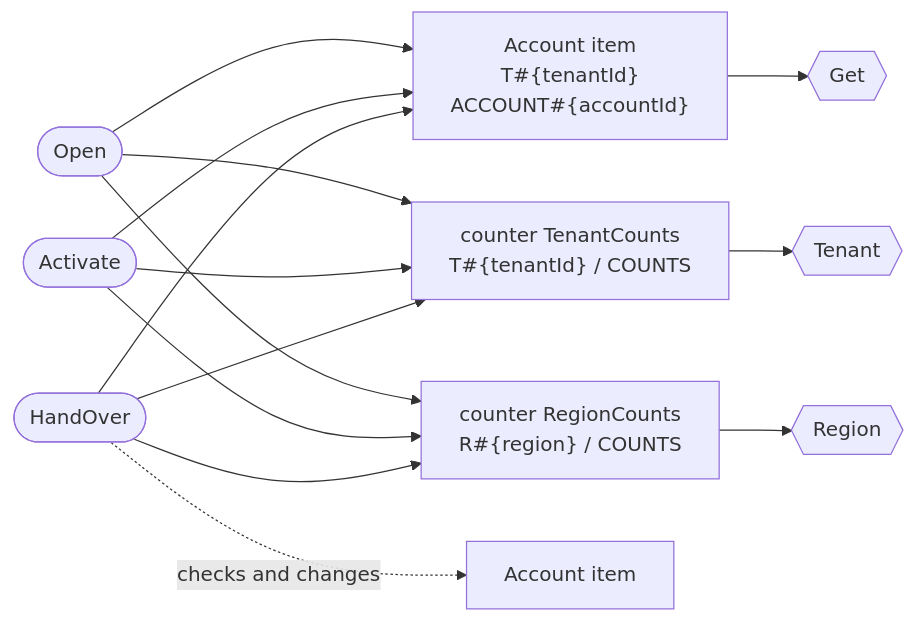
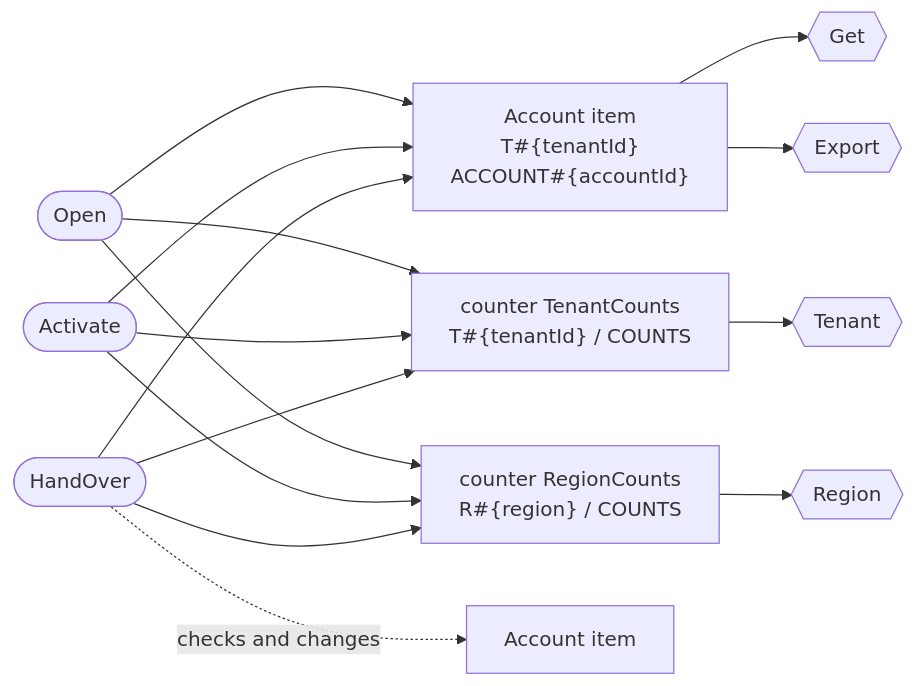
One commit to nicklanng/dynago changed the third of 3 diagrams in internal/e2e/fixture/fixture.model.md. Above: the diagram before and after it, drawn with Mermaid. The commit also changed other lines of this file and 78 other files, not shown here.

````diff
--- a/internal/e2e/fixture/fixture.model.md
+++ b/internal/e2e/fixture/fixture.model.md
@@ -23,20 +164,22 @@
 ```mermaid
 flowchart LR
   item_Account["Account item<br/>T#35;{tenantId}<br/>ACCOUNT#35;{accountId}"]
   counter_TenantCounts["counter TenantCounts<br/>T#35;{tenantId} / COUNTS"]
   counter_RegionCounts["counter RegionCounts<br/>R#35;{region} / COUNTS"]
   w_Open(["Open"])
   w_Open --> item_Account & counter_TenantCounts & counter_RegionCounts
   w_Activate(["Activate"])
   w_Activate --> item_Account & counter_TenantCounts & counter_RegionCounts
   w_HandOver(["HandOver"])
   w_HandOver --> item_Account & counter_TenantCounts & counter_RegionCounts
   other_Account["Account item"]
   w_HandOver -. checks and changes .-> other_Account
   r_Get{{"Get"}}
   item_Account --> r_Get
   r_Tenant{{"Tenant"}}
   counter_TenantCounts --> r_Tenant
   r_Region{{"Region"}}
   counter_RegionCounts --> r_Region
+  r_Export{{"Export"}}
+  item_Account --> r_Export
 ```
````
